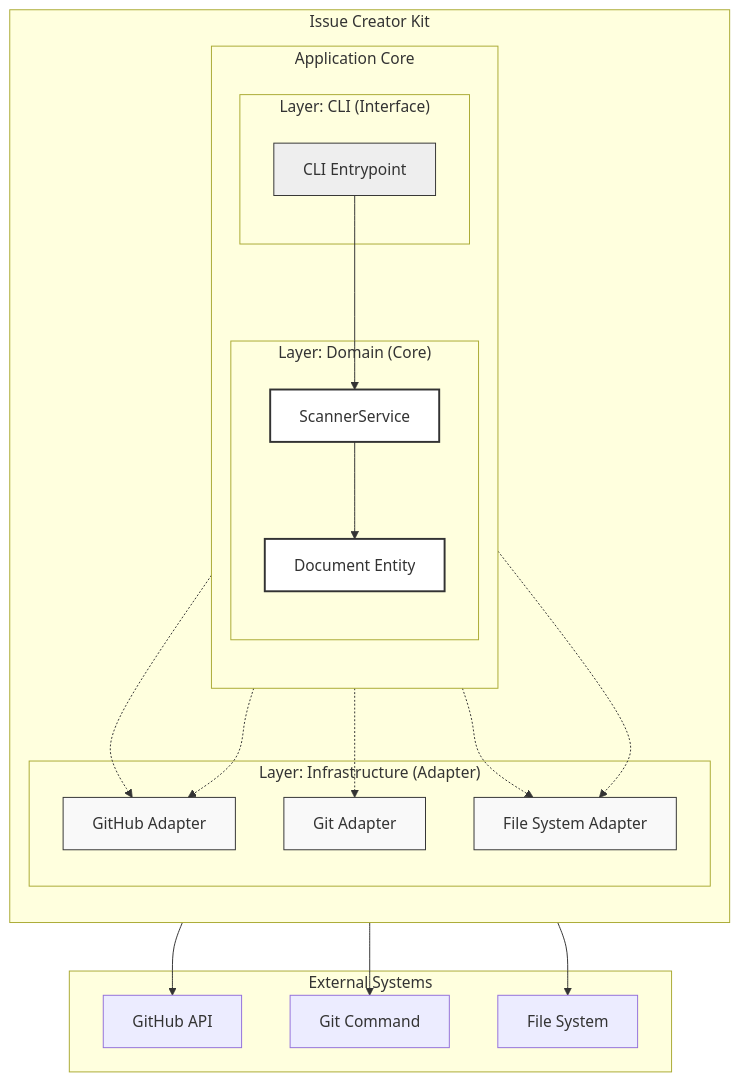
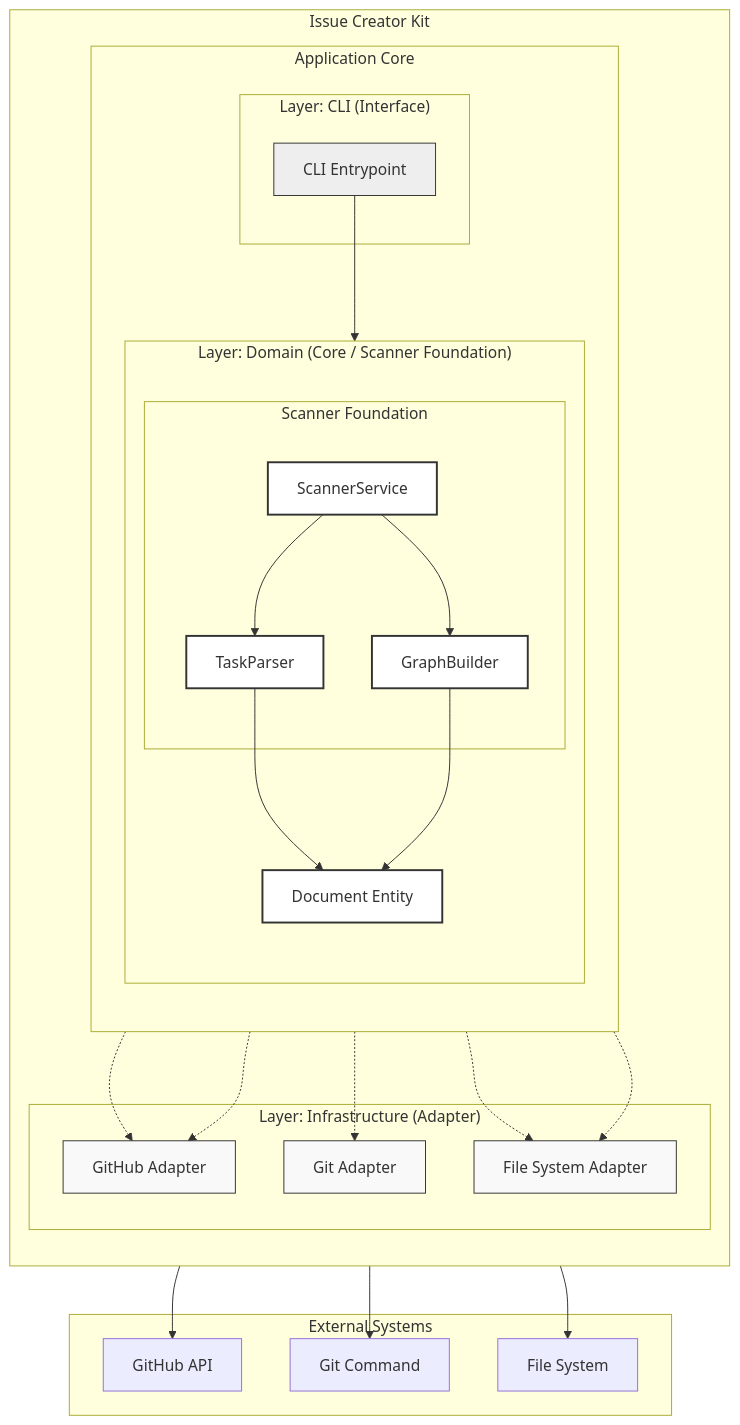
Before and after one commit to masa-codehub/issue_creator_kit: the diagram in docs/architecture/arch-structure-issue-kit.md, drawn with Mermaid. The commit also changed other lines of this file and 11 other files, not shown here.

Commit message:
docs: update architecture for ADR-008 (Scanner & Invariants)

````diff
--- a/docs/architecture/arch-structure-issue-kit.md
+++ b/docs/architecture/arch-structure-issue-kit.md
@@ -8,60 +8,68 @@
 ```mermaid
 graph TB
     %% Definitions
     subgraph "External Systems"
         GH[GitHub API]
         GIT[Git Command]
         FS[File System]
     end
 
     subgraph "Issue Creator Kit"
         direction TB
         
         subgraph "Application Core"
             direction TB
             subgraph "Layer: CLI (Interface)"
                 CLI[CLI Entrypoint]
             end
 
-            subgraph "Layer: Domain (Core)"
-                SVC_SCAN[ScannerService]
+            subgraph "Layer: Domain (Core / Scanner Foundation)"
+                direction TB
+                subgraph "Scanner Foundation"
+                    SVC_SCAN[ScannerService]
+                    Parser[TaskParser]
+                    Builder[GraphBuilder]
+                end
                 DOM_DOC[Document Entity]
             end
         end
 
         subgraph "Layer: Infrastructure (Adapter)"
             INF_GH[GitHub Adapter]
             INF_GIT[Git Adapter]
             INF_FS[File System Adapter]
         end
     end
 
     %% Dependencies (Solid: Source Code Dependency, Dotted: Runtime Flow/DI)
     CLI --> SVC_SCAN
+    SVC_SCAN --> Parser
+    SVC_SCAN --> Builder
     
     %% Dependency Injection
     CLI -.-> INF_GH
     CLI -.-> INF_GIT
     CLI -.-> INF_FS
 
     %% Service dependencies
-    SVC_SCAN --> DOM_DOC
+    Parser --> DOM_DOC
+    Builder --> DOM_DOC
     
     %% Infrastructure Dependencies (Inversion of Control)
     SVC_SCAN -.-> INF_GH
     SVC_SCAN -.-> INF_FS
     
     %% Infra Implementation
     INF_GH --> GH
     INF_GIT --> GIT
     INF_FS --> FS
 
     %% Styling
     classDef cli fill:#eee,stroke:#333
     classDef domain fill:#fff,stroke:#333,stroke-width:2px
     classDef infra fill:#f9f9f9,stroke:#333
 
     class CLI cli
-    class SVC_SCAN,DOM_DOC domain
+    class SVC_SCAN,Parser,Builder,DOM_DOC domain
     class INF_GH,INF_GIT,INF_FS infra
 ```
````
